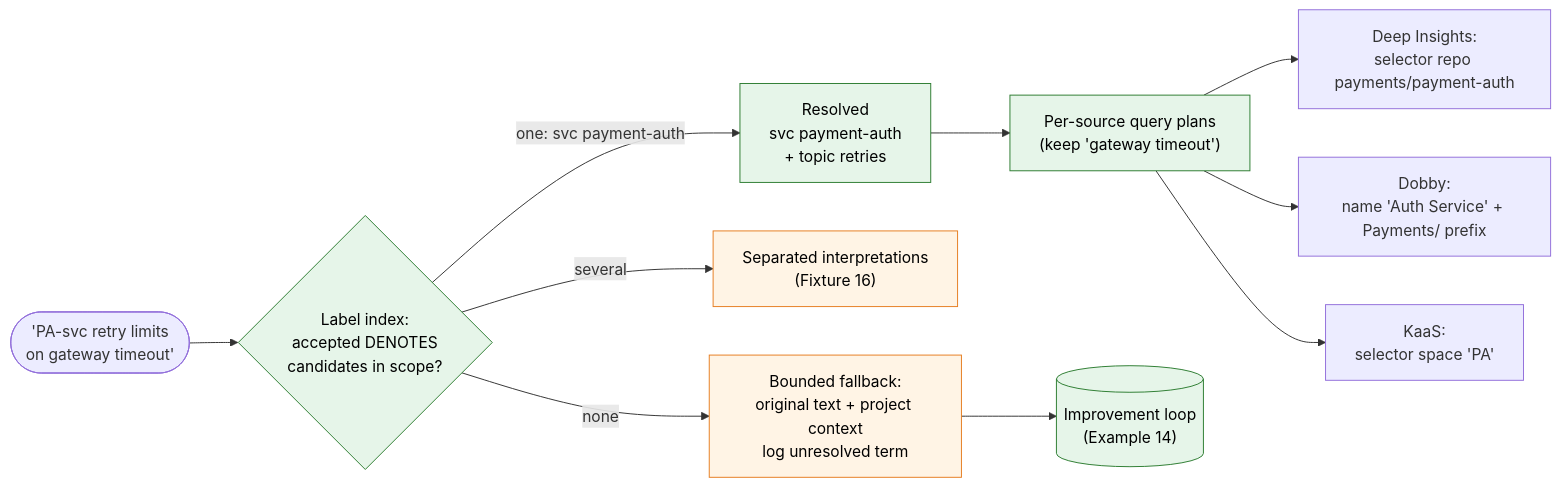
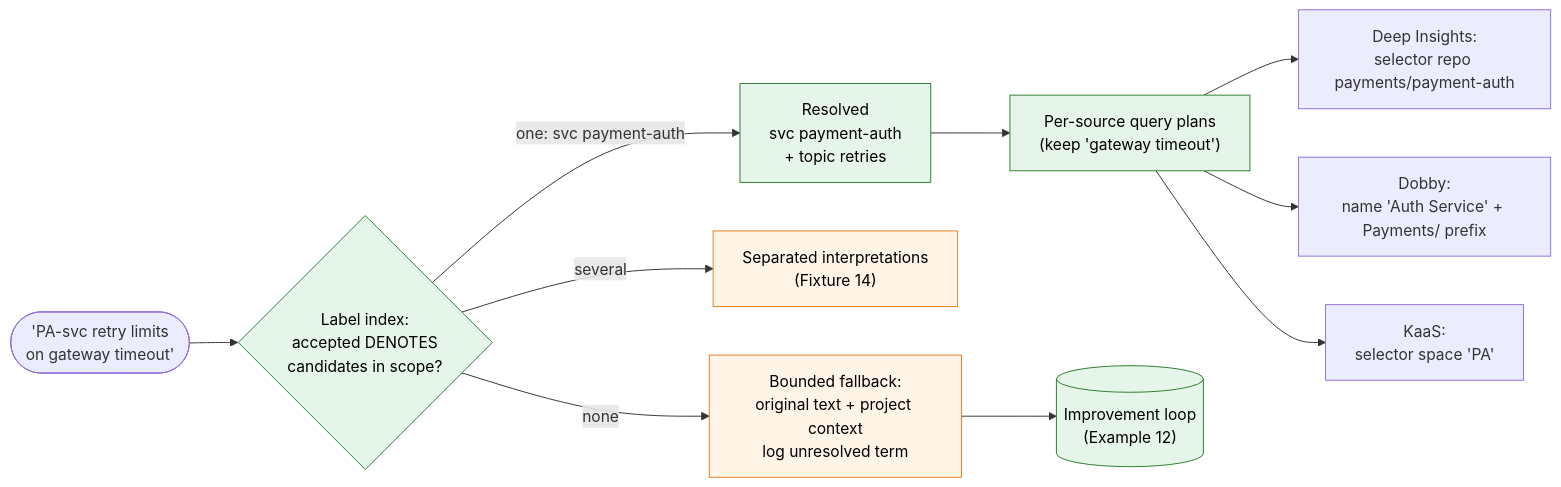
One commit to arunmenon/sanctum changed the fifth of 13 diagrams in design/intelligence-layer/contracts-and-scenarios.md. Above: the diagram before and after it, drawn with Mermaid. The commit also changed other lines of this file and 11 other files, not shown here.

````diff
--- a/design/intelligence-layer/contracts-and-scenarios.md
+++ b/design/intelligence-layer/contracts-and-scenarios.md
@@ -244,17 +242,17 @@
 ```mermaid
 flowchart LR
     Q(["'PA-svc retry limits<br/>on gateway timeout'"]) --> V{"Label index:<br/>accepted DENOTES<br/>candidates in scope?"}
     V -- "one: svc payment-auth" --> E["Resolved<br/>svc payment-auth<br/>+ topic retries"]
-    V -- "several" --> AM["Separated interpretations<br/>(Fixture 16)"]
+    V -- "several" --> AM["Separated interpretations<br/>(Fixture 14)"]
     V -- "none" --> F["Bounded fallback:<br/>original text + project context<br/>log unresolved term"]
     E --> PL["Per-source query plans<br/>(keep 'gateway timeout')"]
     PL --> D["Deep Insights:<br/>selector repo payments/payment-auth"]
     PL --> O["Dobby:<br/>name 'Auth Service' + Payments/ prefix"]
     PL --> K["KaaS:<br/>selector space 'PA'"]
-    F --> L[("Improvement loop<br/>(Example 14)")]
+    F --> L[("Improvement loop<br/>(Example 12)")]
 
     classDef mem fill:#e6f5e9,stroke:#2e7d32,color:#000
     classDef safe fill:#fff4e5,stroke:#e67e22,color:#000
     class V,E,PL,L mem
     class F,AM safe
 ```
````
